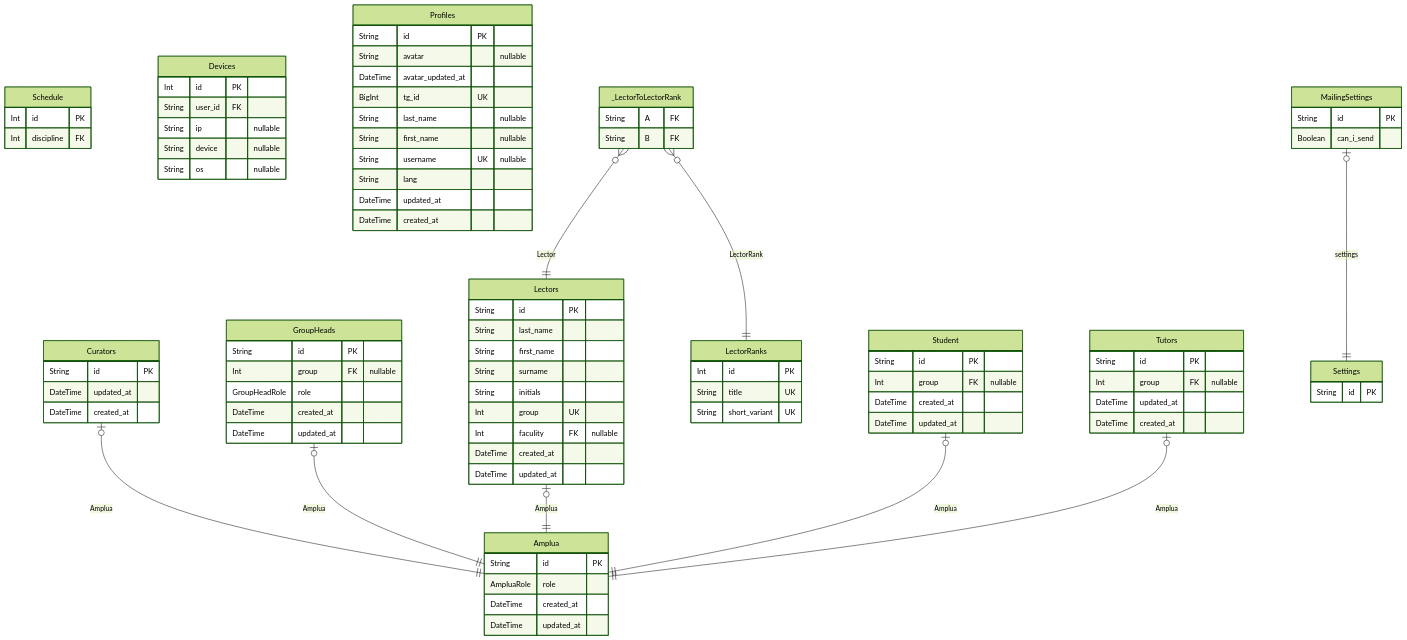
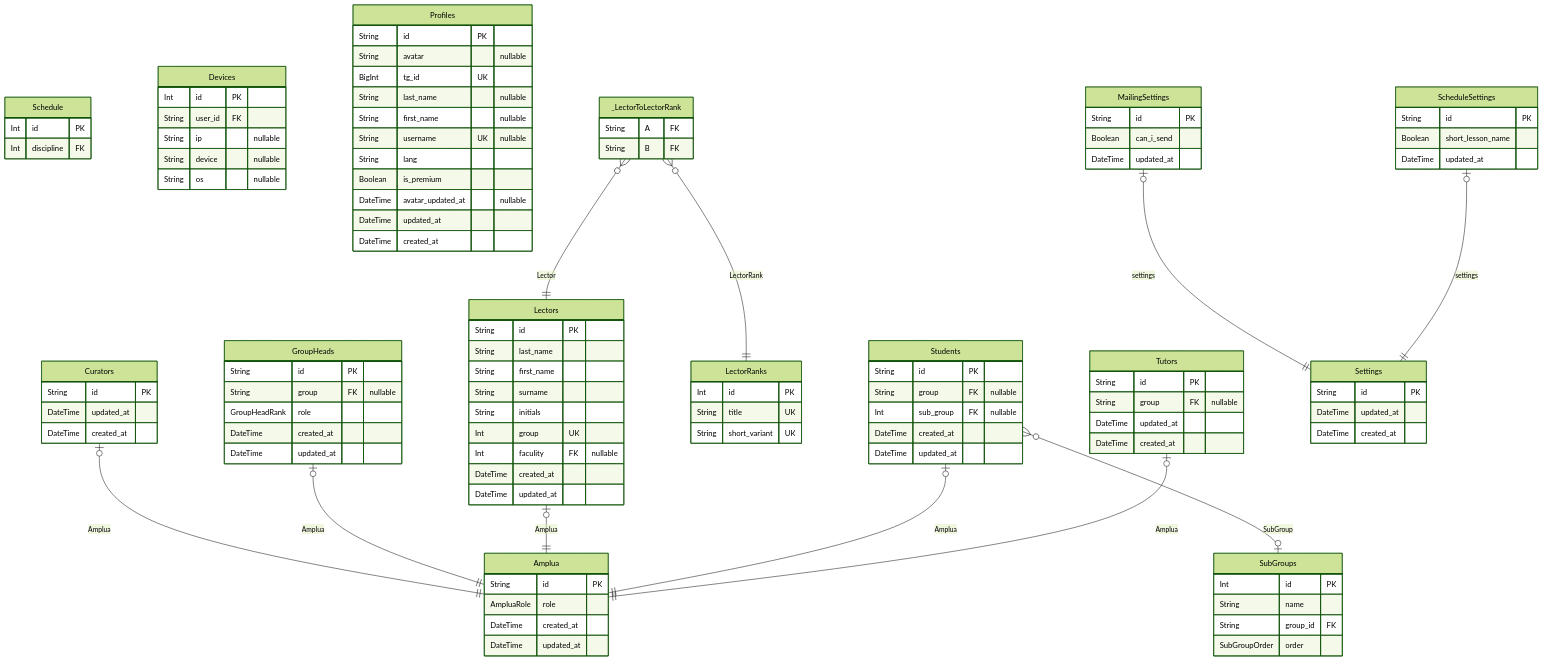
One commit to NeatDeveloper/Thodle changed the third of 3 diagrams in packages/db/prisma/DatabaseSchema.md. Above: the diagram before and after it, drawn with Mermaid (forest theme). The commit also changed other lines of this file and 21 other files, not shown here.

````diff
--- a/packages/db/prisma/DatabaseSchema.md
+++ b/packages/db/prisma/DatabaseSchema.md
@@ -209,8 +209,8 @@
 }
 "GroupHeads" {
   String id PK
-  Int group FK "nullable"
-  GroupHeadRole role
+  String group FK "nullable"
+  GroupHeadRank role
   DateTime created_at
   DateTime updated_at
 }
@@ -230,21 +230,28 @@
   String title UK
   String short_variant UK
 }
-"Student" {
+"Students" {
   String id PK
-  Int group FK "nullable"
+  String group FK "nullable"
+  Int sub_group FK "nullable"
   DateTime created_at
   DateTime updated_at
 }
 "Tutors" {
   String id PK
-  Int group FK "nullable"
+  String group FK "nullable"
   DateTime updated_at
   DateTime created_at
 }
 "Schedule" {
   Int id PK
   Int discipline FK
+}
+"SubGroups" {
+  Int id PK
+  String name
+  String group_id FK
+  SubGroupOrder order
 }
 "Devices" {
   Int id PK
@@ -256,21 +263,30 @@
 "Profiles" {
   String id PK
   String avatar "nullable"
-  DateTime avatar_updated_at
   BigInt tg_id UK
   String last_name "nullable"
   String first_name "nullable"
   String username UK "nullable"
   String lang
+  Boolean is_premium
+  DateTime avatar_updated_at "nullable"
   DateTime updated_at
   DateTime created_at
 }
 "Settings" {
   String id PK
+  DateTime updated_at
+  DateTime created_at
 }
 "MailingSettings" {
   String id PK
   Boolean can_i_send
+  DateTime updated_at
+}
+"ScheduleSettings" {
+  String id PK
+  Boolean short_lesson_name
+  DateTime updated_at
 }
 "_LectorToLectorRank" {
   String A FK
@@ -279,9 +295,11 @@
 "Curators" |o--|| "Amplua" : Amplua
 "GroupHeads" |o--|| "Amplua" : Amplua
 "Lectors" |o--|| "Amplua" : Amplua
-"Student" |o--|| "Amplua" : Amplua
+"Students" }o--o| "SubGroups" : SubGroup
+"Students" |o--|| "Amplua" : Amplua
 "Tutors" |o--|| "Amplua" : Amplua
 "MailingSettings" |o--|| "Settings" : settings
+"ScheduleSettings" |o--|| "Settings" : settings
 "_LectorToLectorRank" }o--|| "Lectors" : Lector
 "_LectorToLectorRank" }o--|| "LectorRanks" : LectorRank
 ```
````
